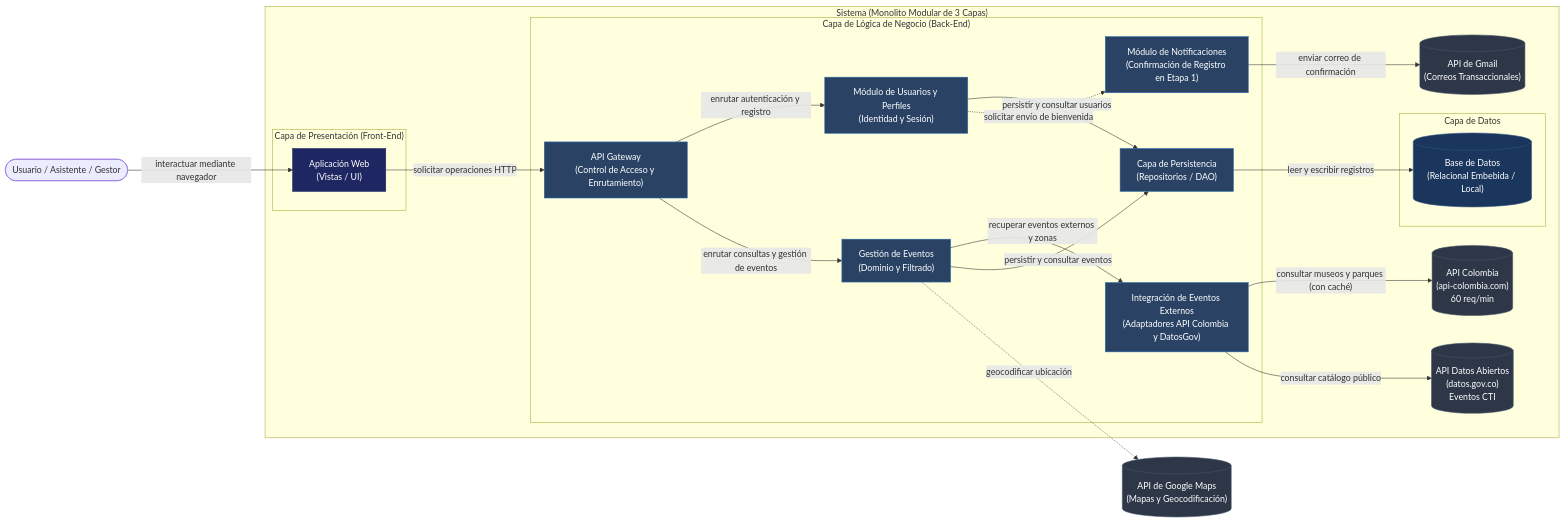
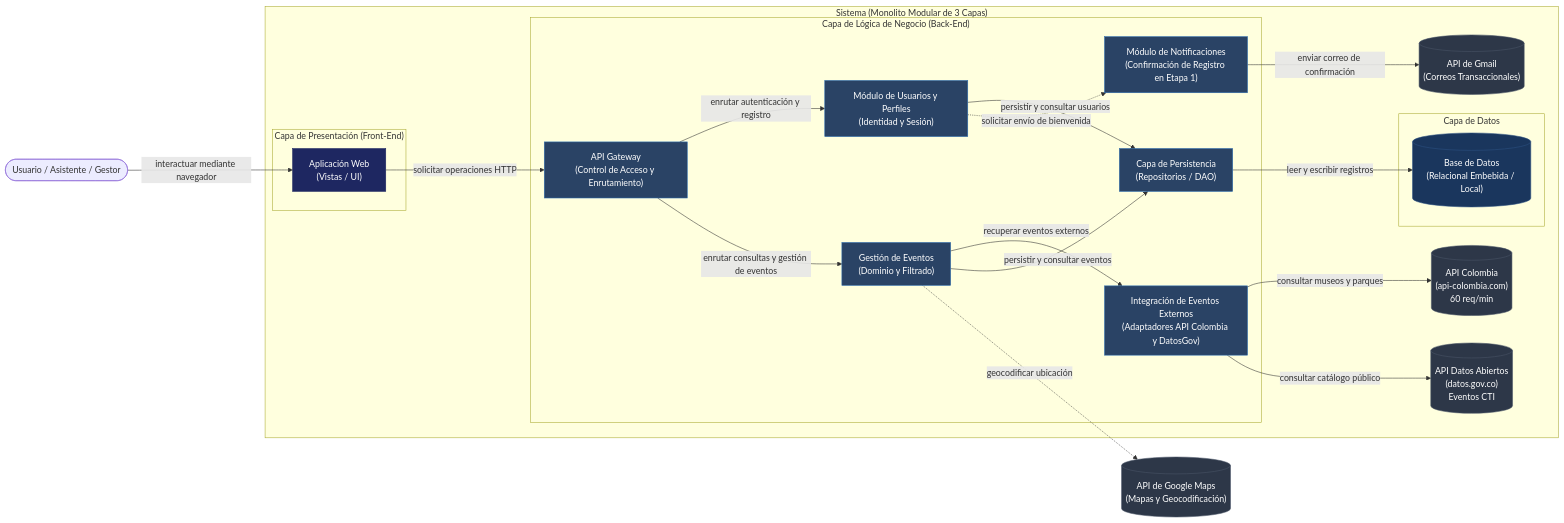
Before and after one commit to ProyectPlanning/Sistema_de_eventos: the first of 3 diagrams in Docs/Design/Diseño Arquitectónico detallado 01.md, drawn with Mermaid. The commit also changed other lines of this file, not shown here.

````diff
--- a/Docs/Design/Diseño Arquitectónico detallado 01.md
+++ b/Docs/Design/Diseño Arquitectónico detallado 01.md
@@ -49,55 +49,55 @@
 ```mermaid
 flowchart LR
     User([Usuario / Asistente / Gestor])
     API_COL[("API Colombia\n(api-colombia.com)\n60 req/min")]
     API_GOV[("API Datos Abiertos\n(datos.gov.co)\nEventos CTI")]
     MAPS_EXT[("API de Google Maps\n(Mapas y Geocodificación)")]
     GMAIL_EXT[("API de Gmail\n(Correos Transaccionales)")]
 
     subgraph SYS["Sistema (Monolito Modular de 3 Capas)"]
         subgraph FRONT["Capa de Presentación (Front-End)"]
             WEB["Aplicación Web\n(Vistas / UI)"]
         end
 
         subgraph BACK["Capa de Lógica de Negocio (Back-End)"]
             GW["API Gateway\n(Control de Acceso y Enrutamiento)"]
             GE["Gestión de Eventos\n(Dominio y Filtrado)"]
             IE["Integración de Eventos Externos\n(Adaptadores API Colombia y DatosGov)"]
             GU["Módulo de Usuarios y Perfiles\n(Identidad y Sesión)"]
             NOTIF["Módulo de Notificaciones\n(Confirmación de Registro en Etapa 1)"]
             PERS["Capa de Persistencia\n(Repositorios / DAO)"]
         end
 
         subgraph DATA["Capa de Datos"]
             DB[("Base de Datos\n(Relacional Embebida / Local)")]
         end
 
         WEB -->|"solicitar operaciones HTTP"| GW
         GW -->|"enrutar autenticación y registro"| GU
         GW -->|"enrutar consultas y gestión de eventos"| GE
 
-        GE -->|"recuperar eventos externos y zonas"| IE
-        IE -->|"consultar museos y parques (con caché)"| API_COL
+        GE -->|"recuperar eventos externos"| IE
+        IE -->|"consultar museos y parques"| API_COL
         IE -->|"consultar catálogo público"| API_GOV
 
         GE -->|"persistir y consultar eventos"| PERS
         GU -->|"persistir y consultar usuarios"| PERS
         GU -.->|"solicitar envío de bienvenida"| NOTIF
         NOTIF -->|"enviar correo de confirmación"| GMAIL_EXT
 
         PERS -->|"leer y escribir registros"| DB
     end
 
     User -->|"interactuar mediante navegador"| WEB
     GE -.->|"geocodificar ubicación"| MAPS_EXT
 
     classDef external fill:#2D3748,color:#ffffff,stroke:#4A5568;
     classDef frontend fill:#1E2761,color:#ffffff,stroke:#1E2761;
     classDef backend fill:#2A4365,color:#ffffff,stroke:#2B6CB0;
     classDef database fill:#1A365D,color:#ffffff,stroke:#2C5282;
 
     class API_COL,API_GOV,MAPS_EXT,GMAIL_EXT external;
     class WEB frontend;
     class GW,GE,IE,GU,NOTIF,PERS backend;
     class DB database;
 ```
````
